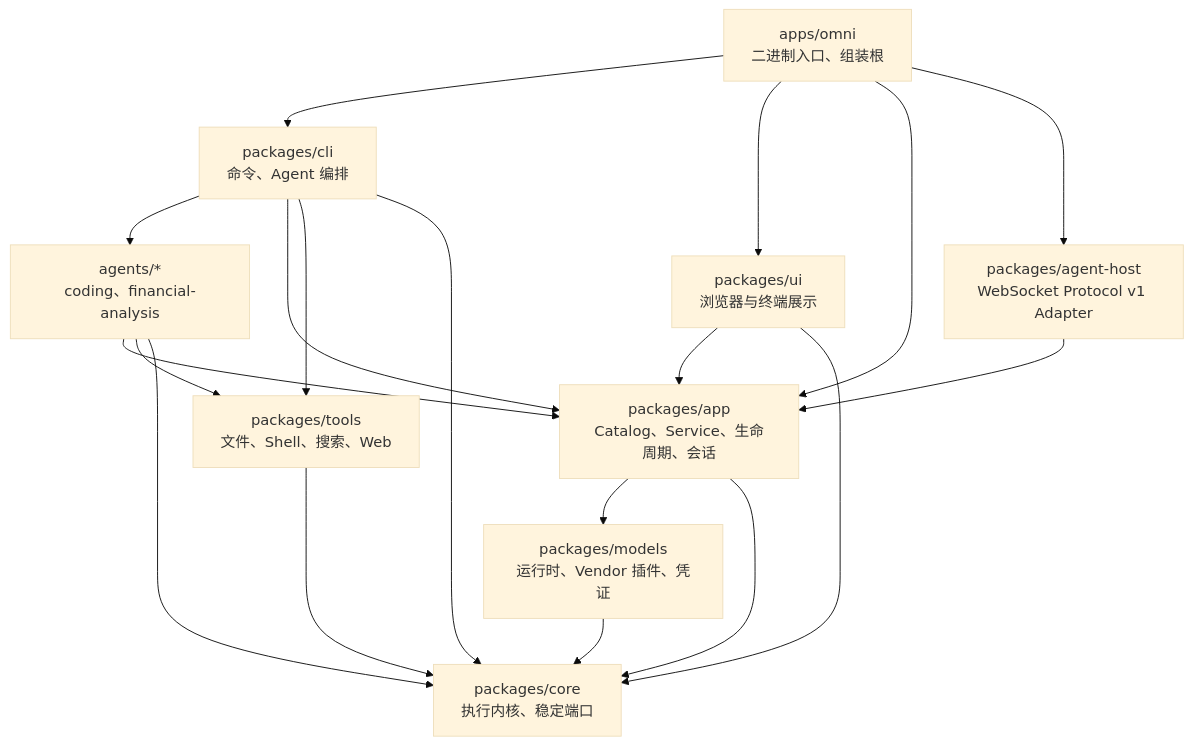
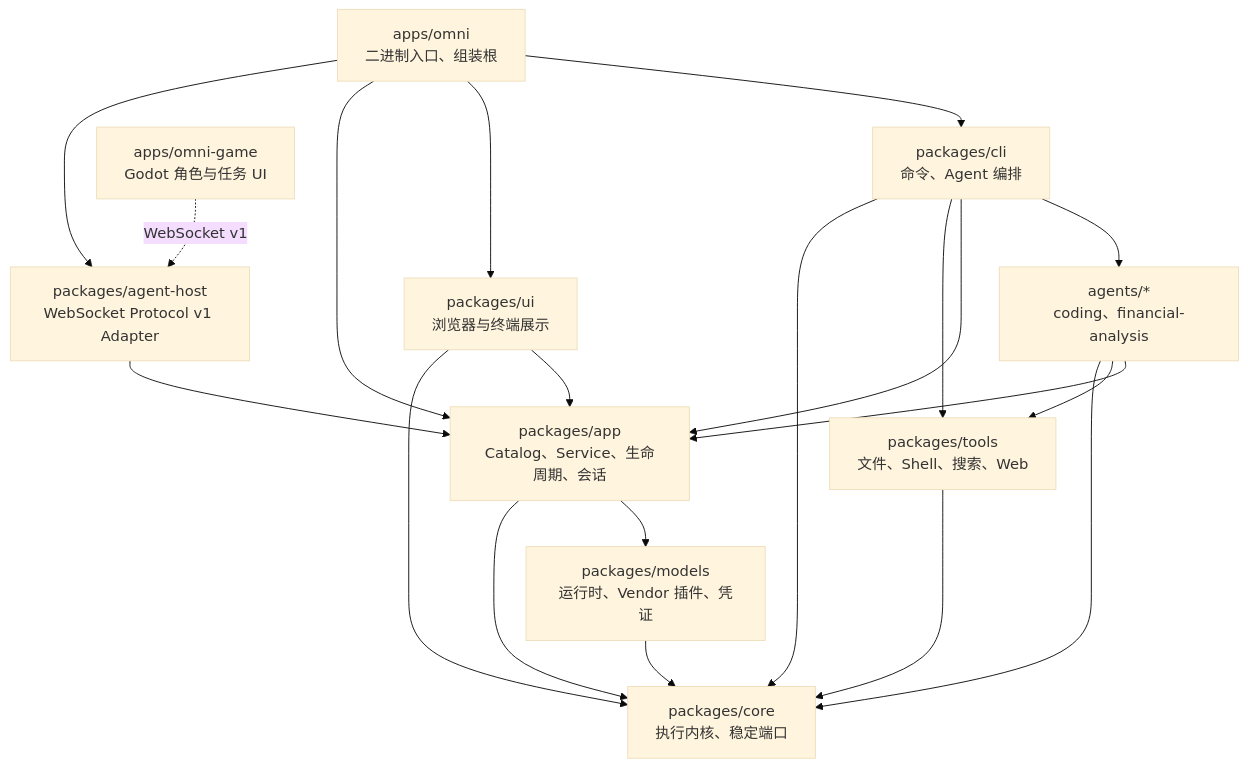
The diagram in README.zh.md (xdnloveme/omni-agent), drawn with Mermaid (base theme) before and after one commit. The commit also changed other lines of this file and 45 other files, not shown here.

Commit message:
feat(game): add Godot agent client graybox

````diff
--- a/README.zh.md
+++ b/README.zh.md
@@ -525,31 +530,33 @@
 ```mermaid
 graph TD
     HOST["apps/omni<br/>二进制入口、组装根"]
     CLI["packages/cli<br/>命令、Agent 编排"]
     AGENTS["agents/*<br/>coding、financial-analysis"]
     APP["packages/app<br/>Catalog、Service、生命周期、会话"]
     AGENT_HOST["packages/agent-host<br/>WebSocket Protocol v1 Adapter"]
+    GAME["apps/omni-game<br/>Godot 角色与任务 UI"]
     MODELS["packages/models<br/>运行时、Vendor 插件、凭证"]
     TOOLS["packages/tools<br/>文件、Shell、搜索、Web"]
     UI["packages/ui<br/>浏览器与终端展示"]
     CORE["packages/core<br/>执行内核、稳定端口"]
 
     HOST --> CLI
     HOST --> UI
     HOST --> APP
     HOST --> AGENT_HOST
     AGENT_HOST --> APP
+    GAME -. "WebSocket v1" .-> AGENT_HOST
     CLI --> AGENTS
     CLI --> APP
     CLI --> TOOLS
     CLI --> CORE
     AGENTS --> APP
     AGENTS --> TOOLS
     UI --> APP
     UI --> CORE
     AGENTS --> CORE
     APP --> MODELS
     APP --> CORE
     MODELS --> CORE
     TOOLS --> CORE
 ```
````
